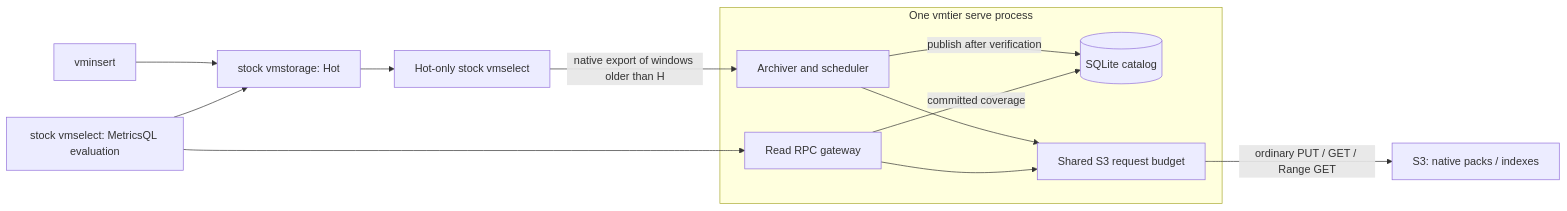
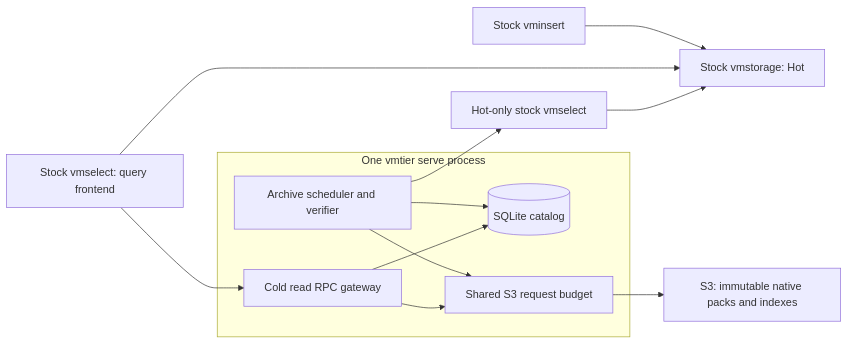
One commit to yuuki/vmtier changed the diagram in README.md. Above: the diagram before and after it, drawn with Mermaid. The commit also changed other lines of this file and 14 other files, not shown here.

````diff
--- a/README.md
+++ b/README.md
@@ -9,15 +22,15 @@
 ```mermaid
 flowchart LR
-  W[vminsert] --> H[stock vmstorage: Hot]
-  H --> E[Hot-only stock vmselect]
-  E -->|native export of windows older than H| A
+  Ingest[Stock vminsert] --> Hot[Stock vmstorage: Hot]
+  Query[Stock vmselect: query frontend] --> Hot
+  Query --> Gateway
+  Export[Hot-only stock vmselect] --> Hot
   subgraph Service[One vmtier serve process]
-    A[Archiver and scheduler] -->|publish after verification| C[(SQLite catalog)]
-    G[Read RPC gateway] -->|committed coverage| C
-    A --> B[Shared S3 request budget]
-    G --> B
+    Archive[Archive scheduler and verifier] --> Catalog[(SQLite catalog)]
+    Gateway[Cold read RPC gateway] --> Catalog
+    Archive --> Budget[Shared S3 request budget]
+    Gateway --> Budget
   end
-  B -->|ordinary PUT / GET / Range GET| S[S3: native packs / indexes]
-  Q[stock vmselect: MetricsQL evaluation] --> H
-  Q --> G
+  Archive --> Export
+  Budget --> S3[S3: immutable native packs and indexes]
 ```
````
